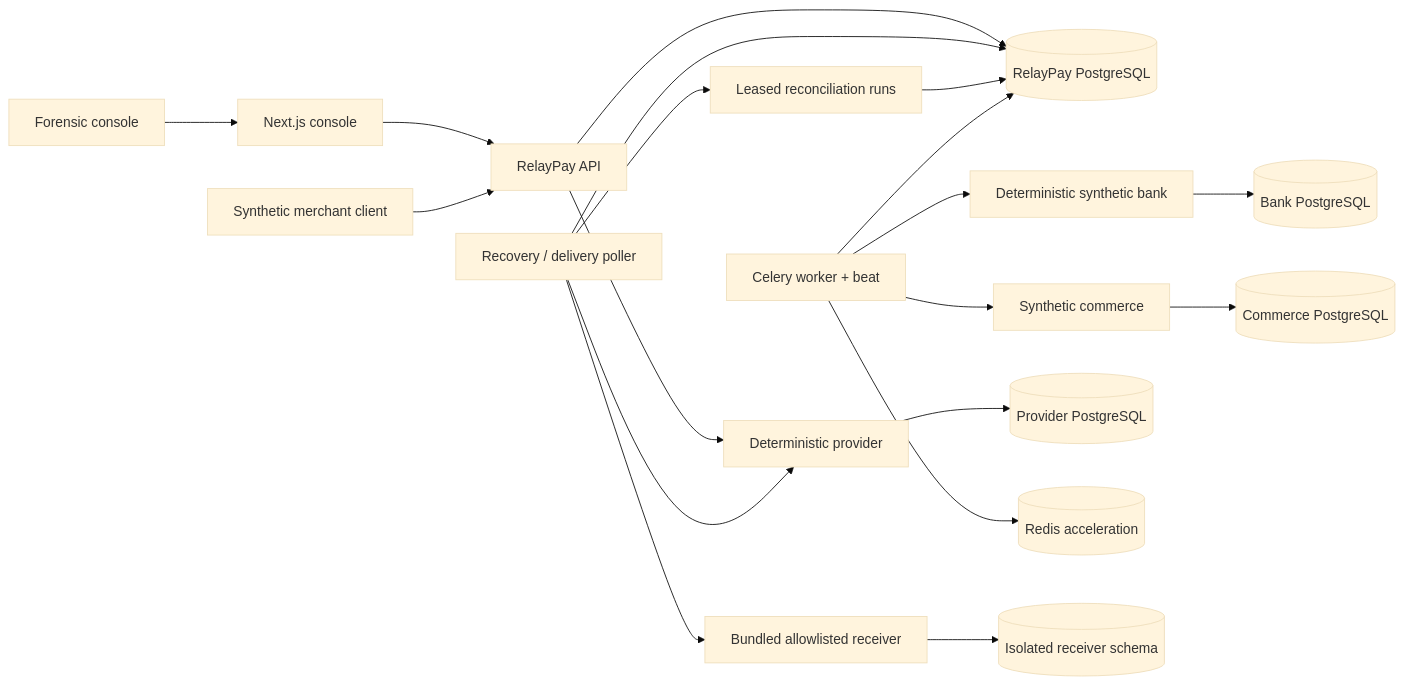
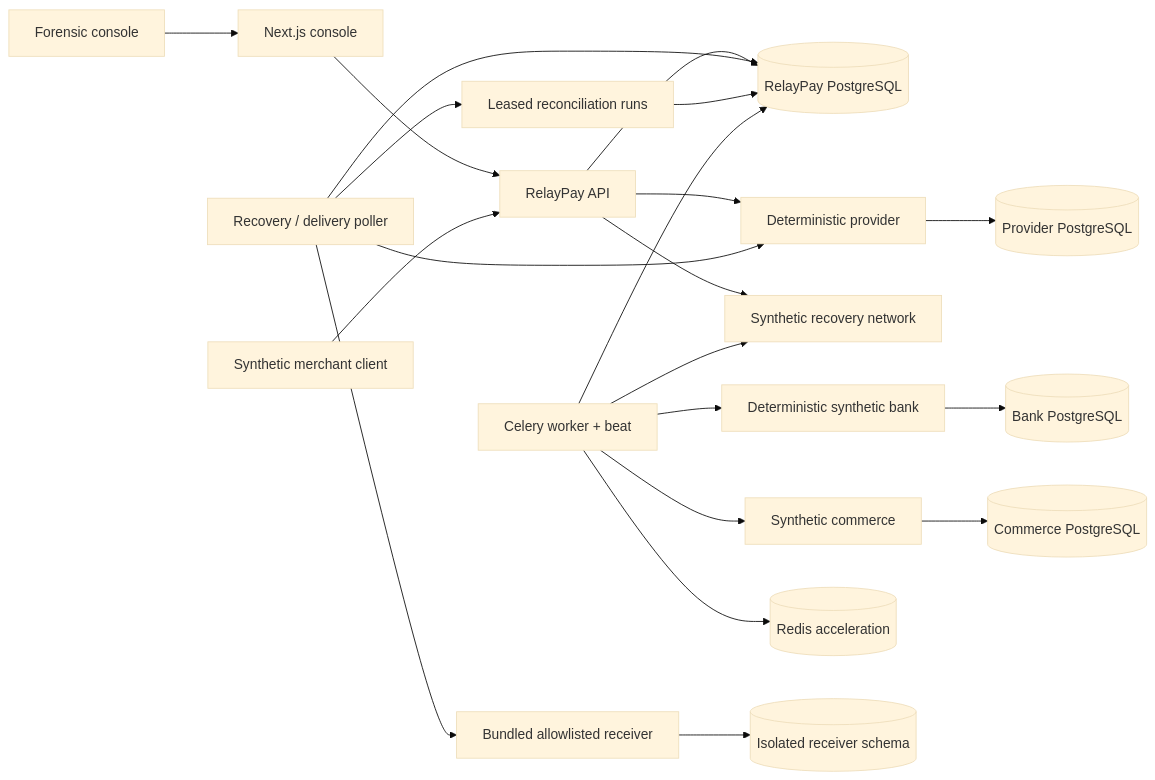
Before and after one commit to marsh15/relaypay: the diagram in README.md, drawn with Mermaid (base theme). The commit also changed 88 other files, not shown here.

````diff
--- a/README.md
+++ b/README.md
@@ -98,21 +98,23 @@
 ```mermaid
 flowchart LR
     Browser["Forensic console"] --> Console["Next.js console"]
     Console --> API["RelayPay API"]
     Merchant["Synthetic merchant client"] --> API
     API --> RelayDB[("RelayPay PostgreSQL")]
     API --> Provider["Deterministic provider"]
+    API --> RecoveryNetwork["Synthetic recovery network"]
     Worker --> Bank["Deterministic synthetic bank"]
     Bank --> BankDB[("Bank PostgreSQL")]
     Worker --> Commerce["Synthetic commerce"]
     Commerce --> CommerceDB[("Commerce PostgreSQL")]
     Provider --> ProviderDB[("Provider PostgreSQL")]
     Poller["Recovery / delivery poller"] --> RelayDB
     Poller --> Reconcile["Leased reconciliation runs"]
     Reconcile --> RelayDB
     Poller --> Provider
     Poller --> Receiver["Bundled allowlisted receiver"]
     Worker["Celery worker + beat"] --> Redis[("Redis acceleration")]
     Worker --> RelayDB
+    Worker --> RecoveryNetwork
     Receiver --> ReceiverSchema[("Isolated receiver schema")]
 ```
````
